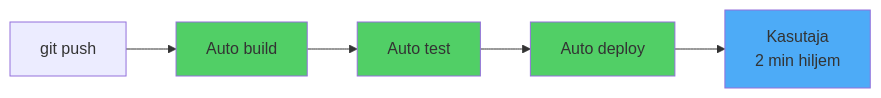
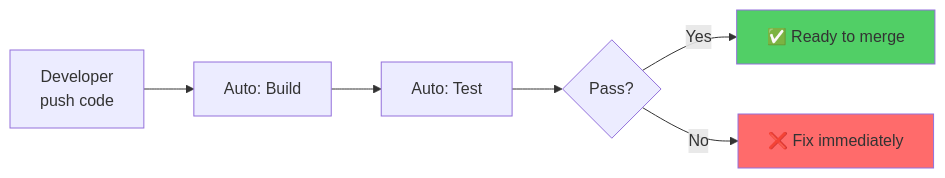
One commit to mtalvik/automatiseerimine_ext changed the first of 2 diagrams in docs/ci_cd/loeng.md. Above: the diagram before and after it, drawn with Mermaid. The commit also changed other lines of this file, not shown here.

````diff
--- a/docs/ci_cd/loeng.md
+++ b/docs/ci_cd/loeng.md
@@ -42,12 +77,11 @@
 ```mermaid
 graph LR
-    A[git push] --> B[Auto build]
-    B --> C[Auto test]
-    C --> D[Auto deploy]
-    D --> E[Kasutaja<br/>2 min hiljem]
+    A[Developer<br/>push code] --> B[Auto: Build]
+    B --> C[Auto: Test]
+    C --> D{Pass?}
+    D -->|Yes| E[✅ Ready to merge]
+    D -->|No| F[❌ Fix immediately]
     
-    style B fill:#51cf66
-    style C fill:#51cf66
-    style D fill:#51cf66
-    style E fill:#4dabf7
+    style E fill:#51cf66
+    style F fill:#ff6b6b
 ```
````
